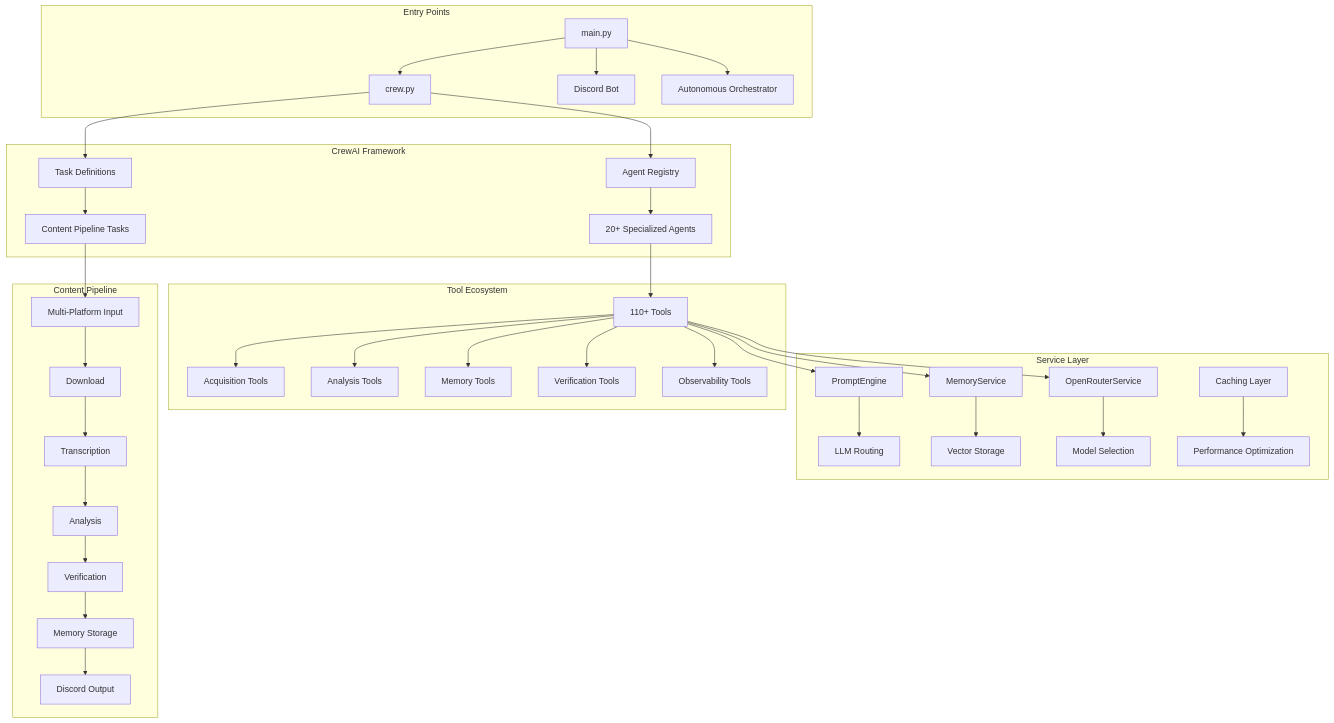
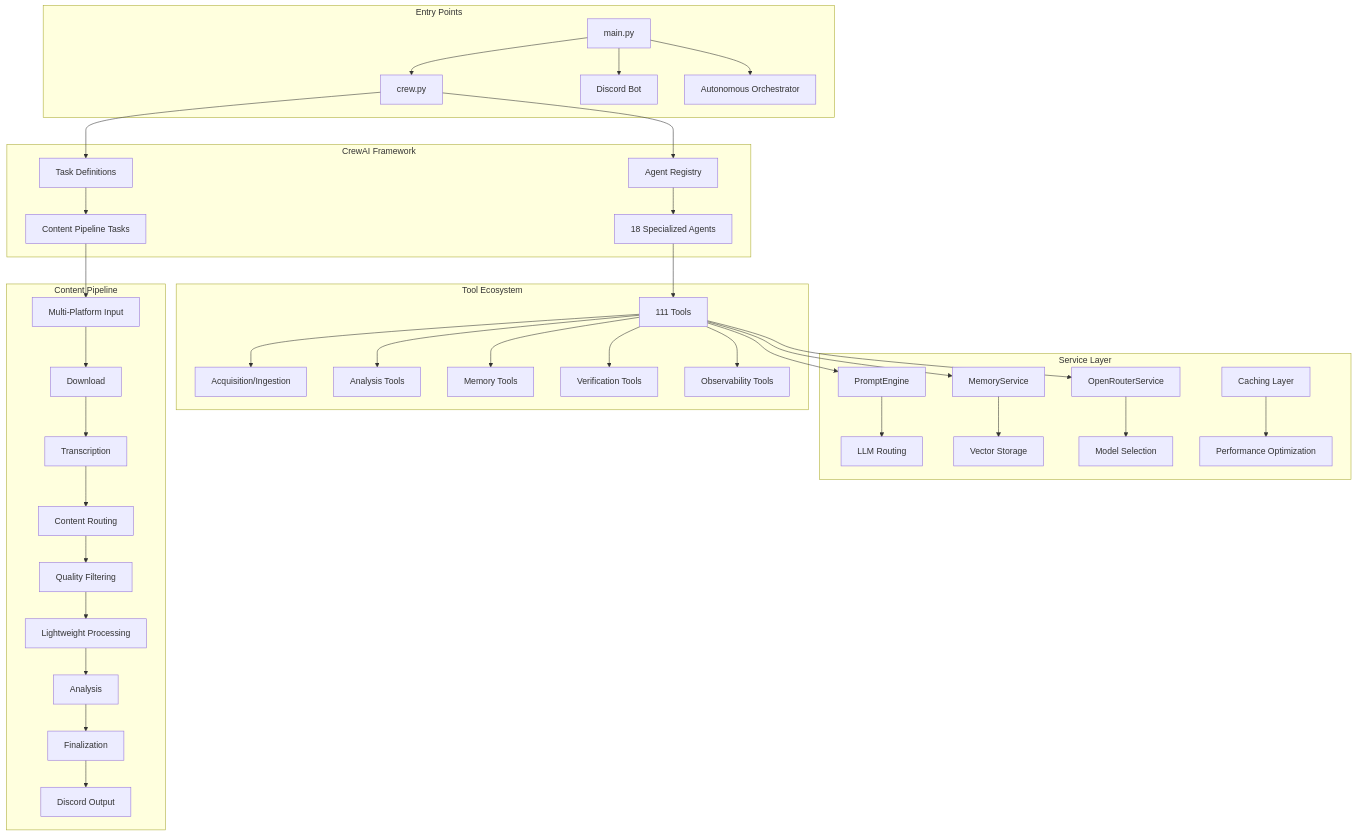
The first of 3 diagrams in docs/architecture/SYSTEM_ARCHITECTURE_COMPLETE.md (Giftedx/crew), drawn with Mermaid before and after one commit. The commit also changed other lines of this file and 775 other files, not shown here.

````diff
--- a/docs/architecture/SYSTEM_ARCHITECTURE_COMPLETE.md
+++ b/docs/architecture/SYSTEM_ARCHITECTURE_COMPLETE.md
@@ -13,45 +20,47 @@
 ```mermaid
 graph TB
     subgraph "Entry Points"
         A[main.py] --> B[crew.py]
         A --> C[Discord Bot]
         A --> D[Autonomous Orchestrator]
     end
-    
+
     subgraph "CrewAI Framework"
         B --> E[Agent Registry]
         B --> F[Task Definitions]
-        E --> G[20+ Specialized Agents]
+        E --> G[18 Specialized Agents]
         F --> H[Content Pipeline Tasks]
     end
-    
+
     subgraph "Tool Ecosystem"
-        I[110+ Tools] --> J[Acquisition Tools]
+        I[111 Tools] --> J[Acquisition/Ingestion]
         I --> K[Analysis Tools]
         I --> L[Memory Tools]
         I --> M[Verification Tools]
         I --> N[Observability Tools]
     end
-    
+
     subgraph "Service Layer"
         O[PromptEngine] --> P[LLM Routing]
         Q[MemoryService] --> R[Vector Storage]
         S[OpenRouterService] --> T[Model Selection]
         U[Caching Layer] --> V[Performance Optimization]
     end
-    
+
     subgraph "Content Pipeline"
         W[Multi-Platform Input] --> X[Download]
         X --> Y[Transcription]
-        Y --> Z[Analysis]
-        Z --> AA[Verification]
-        AA --> BB[Memory Storage]
-        BB --> CC[Discord Output]
+        Y --> Z[Content Routing]
+        Z --> AA[Quality Filtering]
+        AA --> AB[Lightweight Processing]
+        AB --> AC[Analysis]
+        AC --> AD[Finalization]
+        AD --> AE[Discord Output]
     end
-    
+
     G --> I
     H --> W
     I --> O
     I --> Q
     I --> S
 ```
````
